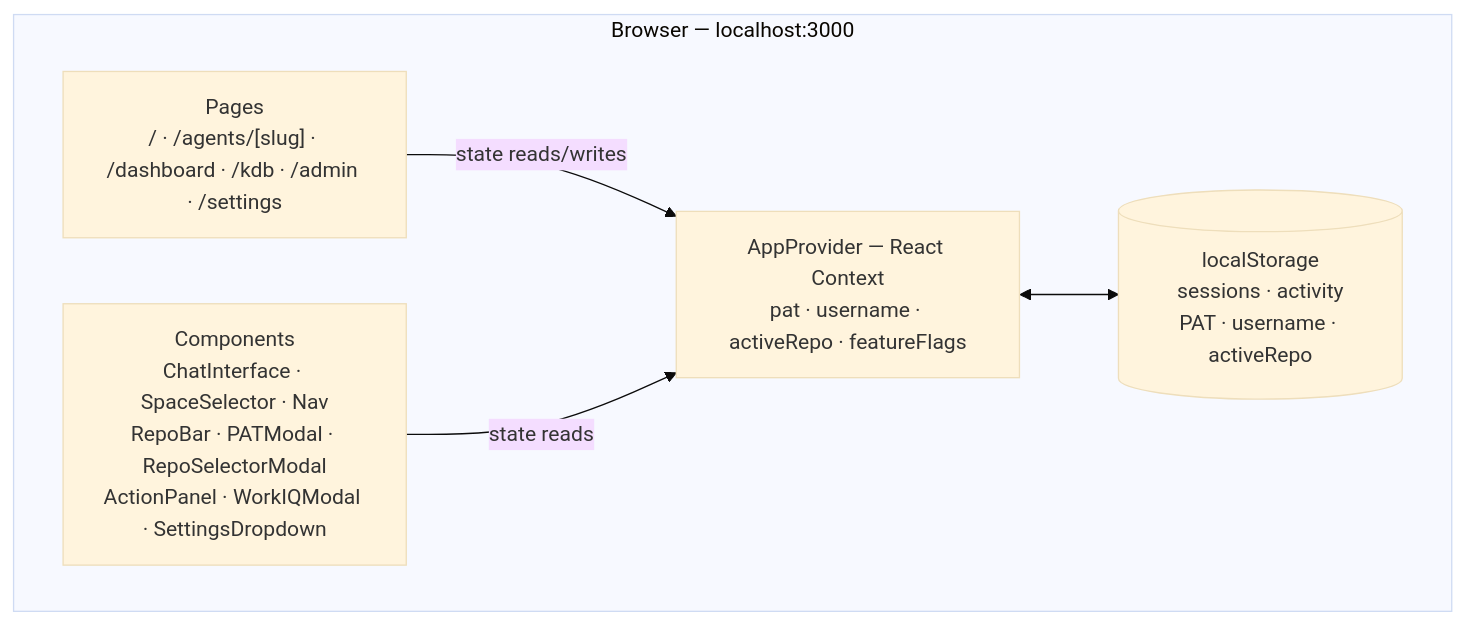
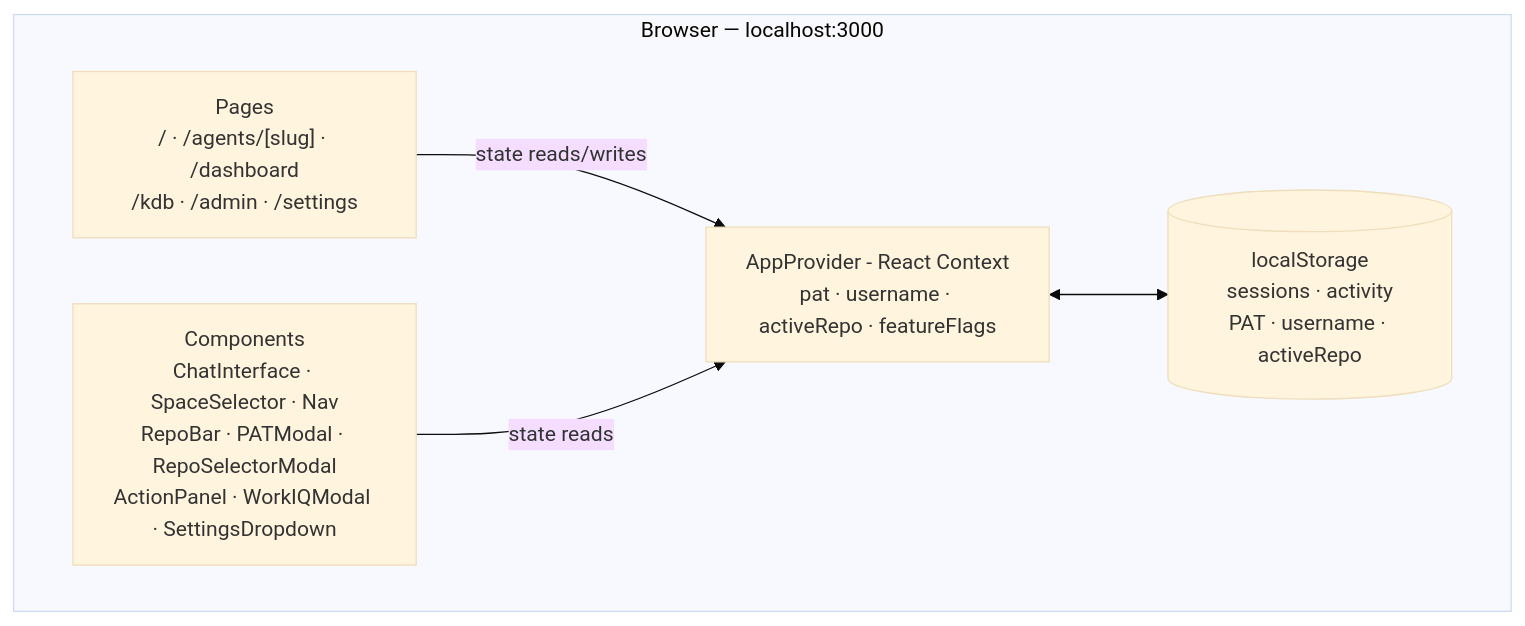
Before and after one commit to gherrerz/agentic-web-spec: the third of 7 diagrams in ARCHITECTURE.md, drawn with Mermaid (base theme). The commit also changed other lines of this file, not shown here.

Commit message:
docs: mejora legibilidad de diagramas mermaid

````diff
--- a/ARCHITECTURE.md
+++ b/ARCHITECTURE.md
@@ -87,13 +89,14 @@
 ```mermaid
+%%{init: {'flowchart': {'nodeSpacing': 50, 'rankSpacing': 65, 'htmlLabels': true}}}%%
 flowchart TD
     subgraph Browser["Browser — localhost:3000"]
-        Pages["Pages\n/ · /agents/[slug] · /dashboard · /kdb · /admin · /settings"]
-        Components["Components\nChatInterface · SpaceSelector · Nav\nRepoBar · PATModal · RepoSelectorModal\nActionPanel · WorkIQModal · SettingsDropdown"]
-        AppCtx["AppProvider — React Context\npat · username · activeRepo · featureFlags"]
-        LS[("localStorage\nsessions · activity\nPAT · username · activeRepo")]
+        Pages["Pages<br/>/ · /agents/[slug] · /dashboard<br/>/kdb · /admin · /settings"]
+        Components["Components<br/>ChatInterface · SpaceSelector · Nav<br/>RepoBar · PATModal · RepoSelectorModal<br/>ActionPanel · WorkIQModal · SettingsDropdown"]
+        AppCtx["AppProvider - React Context<br/>pat · username · activeRepo · featureFlags"]
+        LS[("localStorage<br/>sessions · activity<br/>PAT · username · activeRepo")]
     end
 
     Pages -- state reads/writes --> AppCtx
     AppCtx <--> LS
     Components -- state reads --> AppCtx
 ```
````
